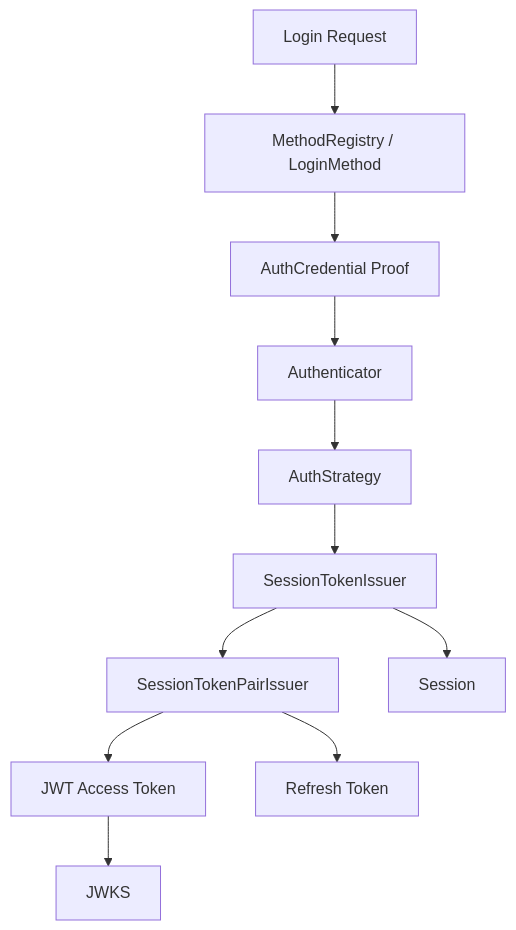
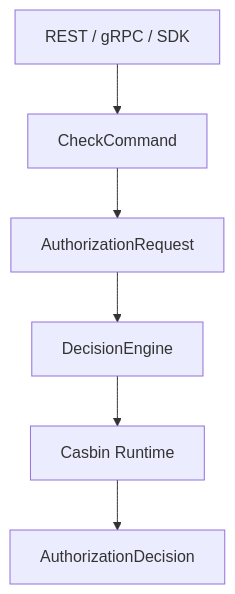
One commit to FangcunMount/iam changed the sixth of 9 diagrams in docs/00-概览/01-系统架构总览.md. Above: the diagram before and after it, drawn with Mermaid. The commit also changed other lines of this file and 4 other files, not shown here.

````diff
--- a/docs/00-概览/01-系统架构总览.md
+++ b/docs/00-概览/01-系统架构总览.md
@@ -476,25 +524,11 @@
 ```mermaid
 flowchart TD
-    Request["Login Request"]
-    Registry["MethodRegistry / LoginMethod"]
-    Proof["AuthCredential Proof"]
-    Authenticator["Authenticator"]
-    Strategy["AuthStrategy"]
-    SessionIssuer["SessionTokenIssuer"]
-    PairIssuer["SessionTokenPairIssuer"]
-    Session["Session"]
-    JWT["JWT Access Token"]
-    Refresh["Refresh Token"]
-    JWKS["JWKS"]
+    Client["REST / gRPC / SDK"]
+    CheckCommand["CheckCommand"]
+    Request["AuthorizationRequest"]
+    Engine["DecisionEngine"]
+    Runtime["Casbin Runtime"]
+    Decision["AuthorizationDecision"]
 
-    Request --> Registry
-    Registry --> Proof
-    Proof --> Authenticator
-    Authenticator --> Strategy
-    Strategy --> SessionIssuer
-    SessionIssuer --> Session
-    SessionIssuer --> PairIssuer
-    PairIssuer --> JWT
-    PairIssuer --> Refresh
-    JWT --> JWKS
+    Client --> CheckCommand --> Request --> Engine --> Runtime --> Decision
 ```
````
